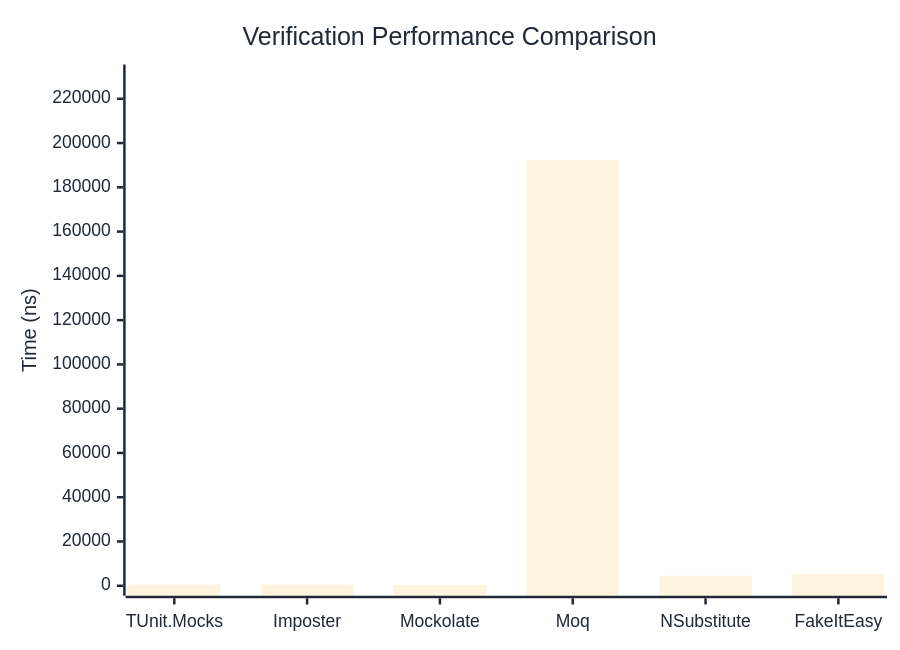
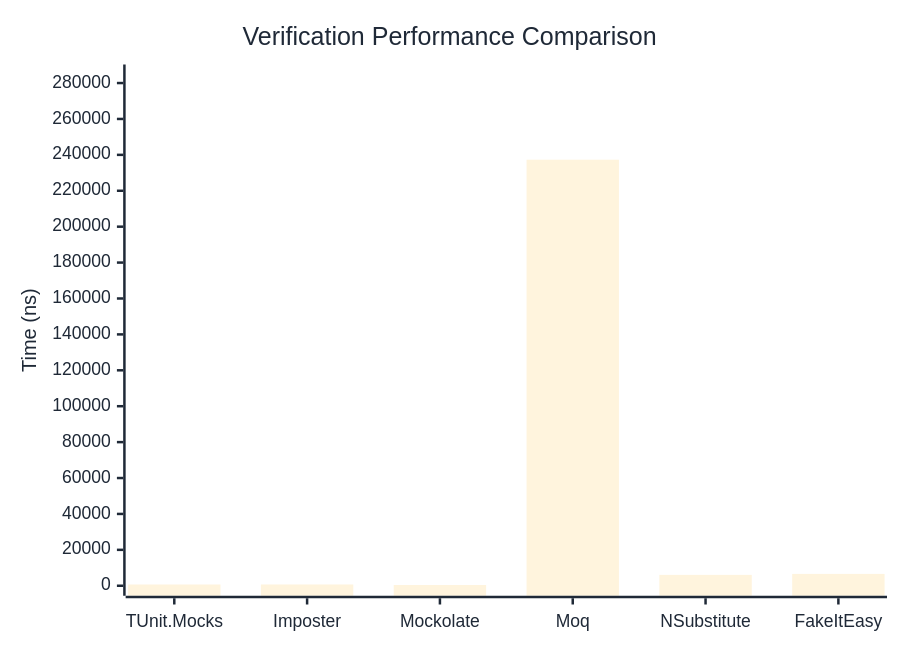
One commit to thomhurst/TUnit changed the first of 3 diagrams in docs/docs/benchmarks/mocks/Verification.md. Above: the diagram before and after it, drawn with Mermaid. The commit also changed other lines of this file and 14 other files, not shown here.

````diff
--- a/docs/docs/benchmarks/mocks/Verification.md
+++ b/docs/docs/benchmarks/mocks/Verification.md
@@ -28,27 +28,27 @@
 ```mermaid
 %%{init: {
   'theme':'base',
   'themeVariables': {
     'primaryColor': '#2563eb',
     'primaryTextColor': '#1f2937',
     'primaryBorderColor': '#1e40af',
     'lineColor': '#6b7280',
     'secondaryColor': '#7c3aed',
     'tertiaryColor': '#dc2626',
     'background': '#ffffff',
     'pie1': '#2563eb',
     'pie2': '#7c3aed',
     'pie3': '#dc2626',
     'pie4': '#f59e0b',
     'pie5': '#10b981',
     'pie6': '#06b6d4',
     'pie7': '#ec4899',
     'pie8': '#6366f1'
   }
 }}%%
 xychart-beta
   title "Verification Performance Comparison"
   x-axis ["TUnit.Mocks", "Imposter", "Mockolate", "Moq", "NSubstitute", "FakeItEasy"]
-  y-axis "Time (ns)" 0 --> 230973
-  bar [540.99, 530.76, 356.76, 192477.33, 4568.82, 5231.81]
+  y-axis "Time (ns)" 0 --> 284758
+  bar [696.72, 708.68, 407.39, 237297.9, 6062.62, 6592.55]
 ```
````
